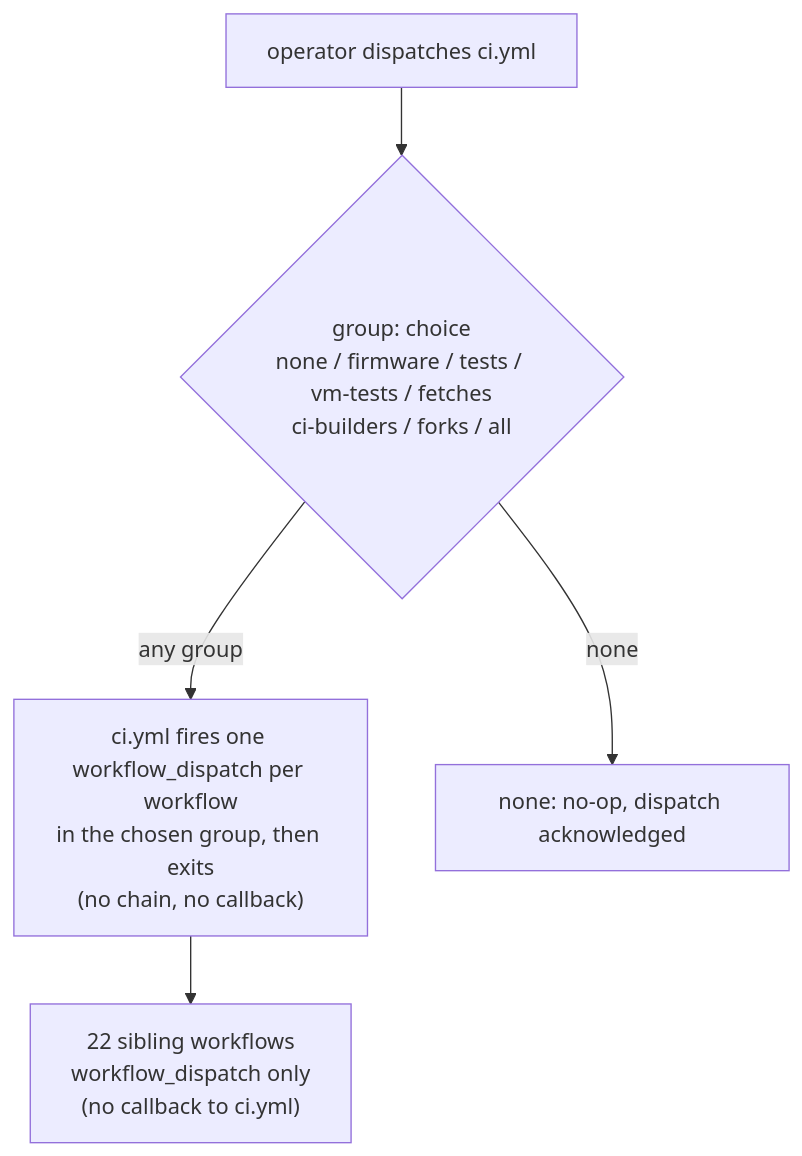
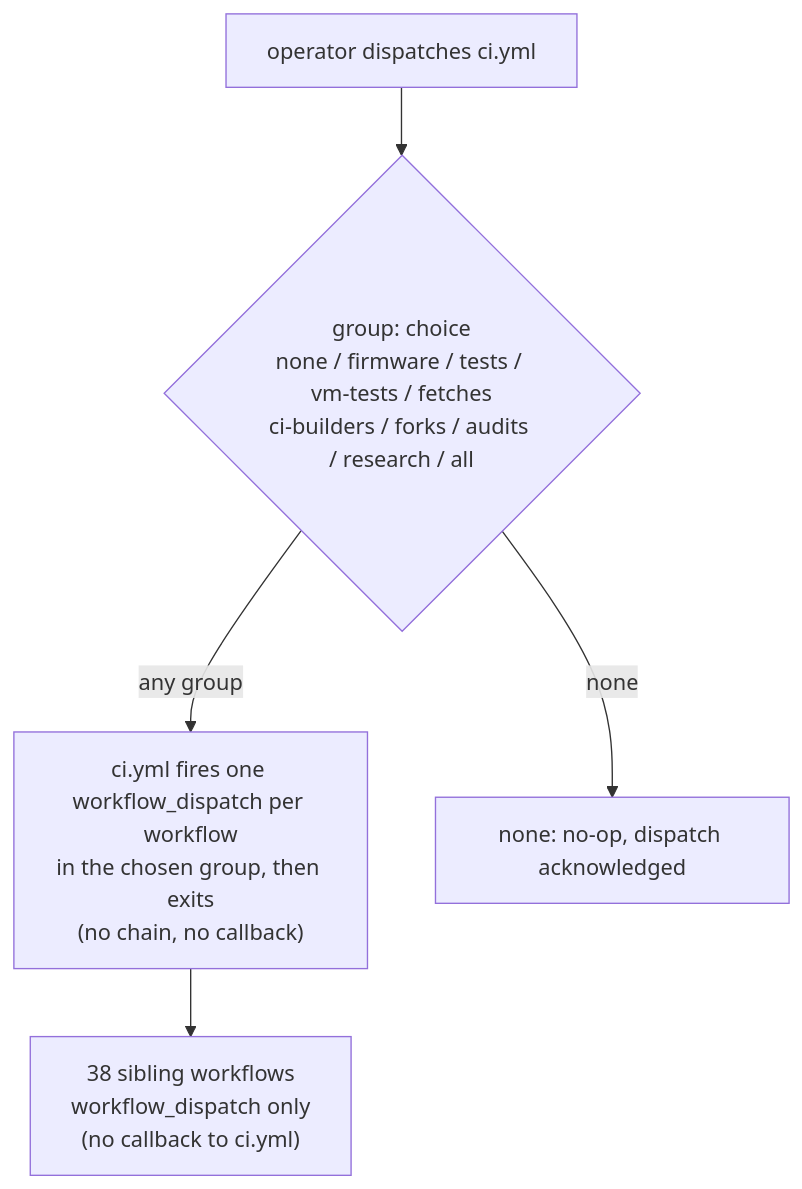
The ninth of 11 diagrams in docs/CI_MAP.md (yubi-OS/yubiOS), drawn with Mermaid before and after one commit. The commit also changed other lines of this file, not shown here.

Commit message:
docs: regenerate CI_MAP from main e46a3cb8 — audits/research groups live, tsl typo resolved, orphans fixed e46a3cb8

````diff
--- a/docs/CI_MAP.md
+++ b/docs/CI_MAP.md
@@ -444,12 +477,12 @@
 ```mermaid
 flowchart TD
     manual["operator dispatches ci.yml"]
-    pick{"group: choice\nnone / firmware / tests / vm-tests / fetches\nci-builders / forks / all"}
+    pick{"group: choice\nnone / firmware / tests / vm-tests / fetches\nci-builders / forks / audits / research / all"}
     dispatch["ci.yml fires one workflow_dispatch per workflow\nin the chosen group, then exits\n(no chain, no callback)"]
-    sibling["22 sibling workflows\nworkflow_dispatch only\n(no callback to ci.yml)"]
+    sibling["38 sibling workflows\nworkflow_dispatch only\n(no callback to ci.yml)"]
     none_path["none: no-op, dispatch acknowledged"]
 
     manual --> pick
     pick -- "none" --> none_path
     pick -- "any group" --> dispatch --> sibling
 ```
````
